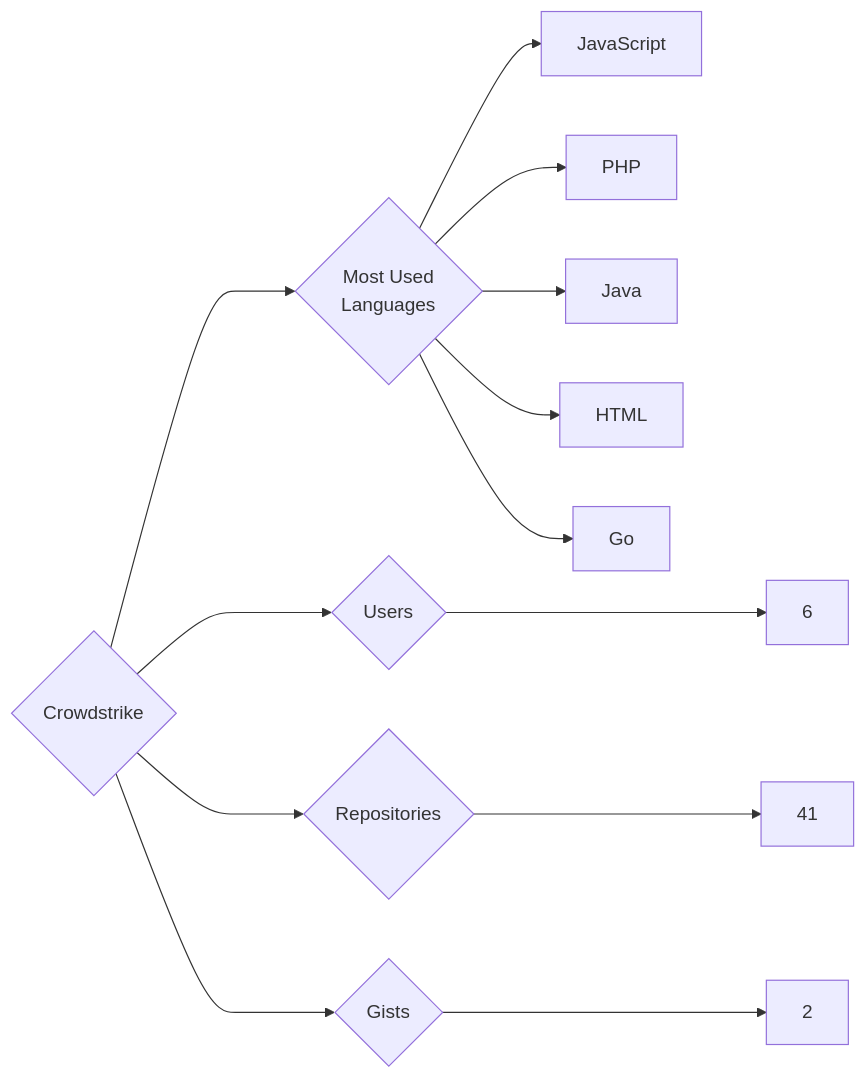
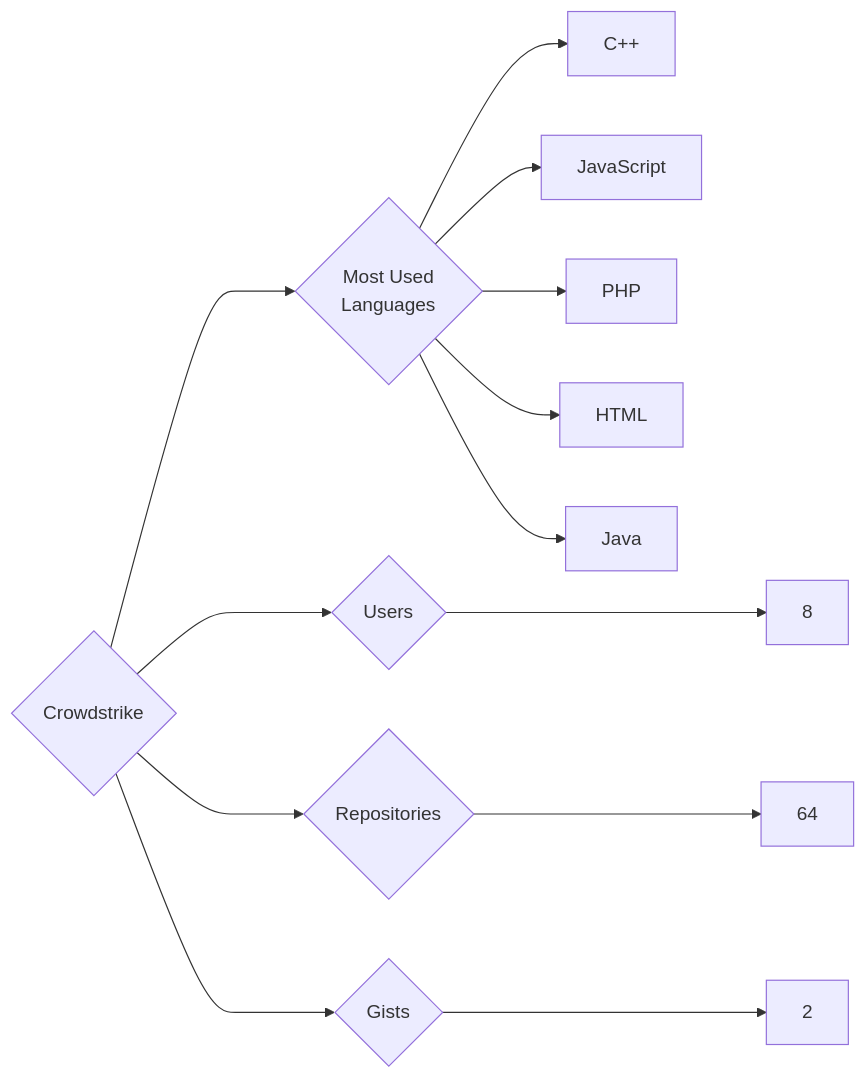
Before and after one commit to trickest/insiders: the diagram in targets/Crowdstrike/README.md, drawn with Mermaid. The commit also changed 1148 other files, not shown here.

````diff
--- a/targets/Crowdstrike/README.md
+++ b/targets/Crowdstrike/README.md
@@ -3,13 +3,13 @@
 ```mermaid
 graph LR
 COMPANY_NAME{Crowdstrike}
-COMPANY_NAME ---> U{Users} ---> UN[6]
-COMPANY_NAME ---> R{Repositories} ---> RN[41]
+COMPANY_NAME ---> U{Users} ---> UN[8]
+COMPANY_NAME ---> R{Repositories} ---> RN[64]
 COMPANY_NAME ---> G{Gists} ---> GN[2]
 COMPANY_NAME ---> ML{Most Used<br>Languages}
+ML --> C++[C++]
 ML --> JavaScript[JavaScript]
 ML --> PHP[PHP]
+ML --> HTML[HTML]
 ML --> Java[Java]
-ML --> HTML[HTML]
-ML --> Go[Go]
 ```
````
